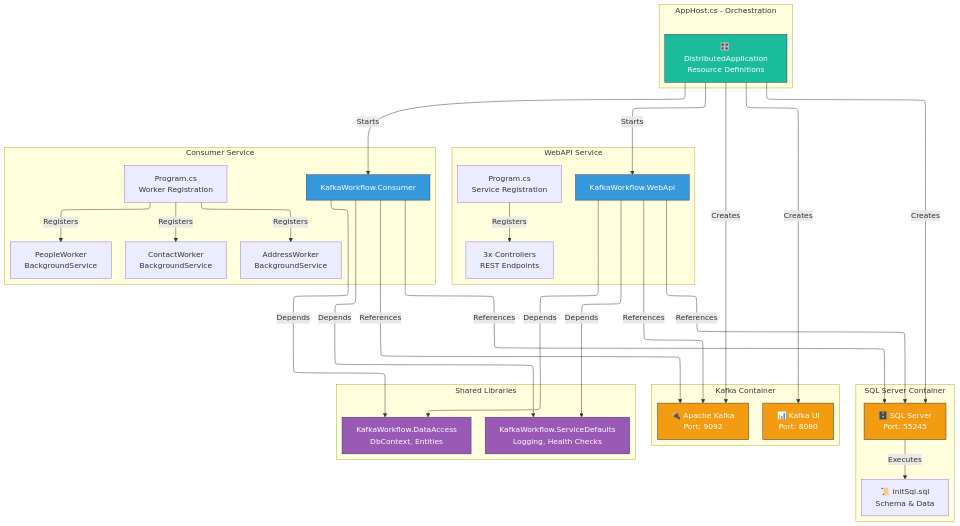
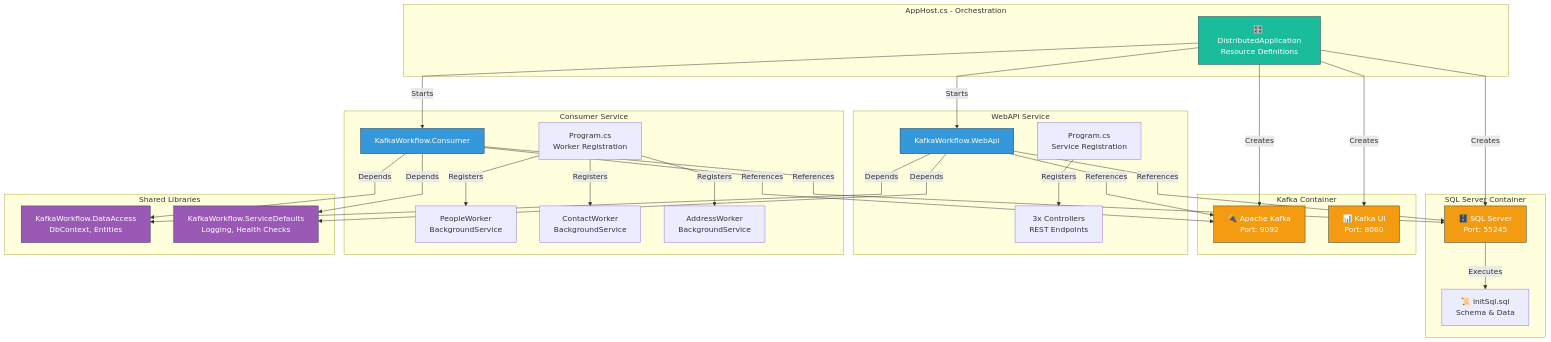
Before and after one commit to WholeBit-Solutions/distributed-workflow: the third of 15 diagrams in ARCHITECTURE_DIAGRAMS.md, drawn with Mermaid. The commit also changed other lines of this file, not shown here.

````diff
--- a/ARCHITECTURE_DIAGRAMS.md
+++ b/ARCHITECTURE_DIAGRAMS.md
@@ -165,68 +166,69 @@
 ```mermaid
-flowchart-elk TB
+%%{init: {'flowchart': {'curve': 'linear'}}}%%
+graph TB
     subgraph "AppHost.cs - Orchestration"
         AppHost["🎛️ DistributedApplication<br/>Resource Definitions"]
     end
 
     subgraph "SQL Server Container"
         SqlServerContainer["🗄️ SQL Server<br/>Port: 55245"]
         InitScript["📜 initSql.sql<br/>Schema & Data"]
     end
 
     subgraph "Kafka Container"
         KafkaContainer["🔌 Apache Kafka<br/>Port: 9092"]
         KafkaUIContainer["📊 Kafka UI<br/>Port: 8080"]
     end
 
     subgraph "WebAPI Service"
         WebApiProj["KafkaWorkflow.WebApi"]
         Program["Program.cs<br/>Service Registration"]
         Controllers["3x Controllers<br/>REST Endpoints"]
     end
 
     subgraph "Consumer Service"
         ConsumerProj["KafkaWorkflow.Consumer"]
         ConsumerProgram["Program.cs<br/>Worker Registration"]
         PeopleWorkerSvc["PeopleWorker<br/>BackgroundService"]
         ContactWorkerSvc["ContactWorker<br/>BackgroundService"]
         AddressWorkerSvc["AddressWorker<br/>BackgroundService"]
     end
 
     subgraph "Shared Libraries"
         DataAccess["KafkaWorkflow.DataAccess<br/>DbContext, Entities"]
         ServiceDefaults["KafkaWorkflow.ServiceDefaults<br/>Logging, Health Checks"]
     end
 
     AppHost -->|Creates| SqlServerContainer
     AppHost -->|Creates| KafkaContainer
     AppHost -->|Creates| KafkaUIContainer
     AppHost -->|Starts| WebApiProj
     AppHost -->|Starts| ConsumerProj
     
     SqlServerContainer -->|Executes| InitScript
     
     WebApiProj -->|Depends| DataAccess
     WebApiProj -->|Depends| ServiceDefaults
     WebApiProj -->|References| SqlServerContainer
     WebApiProj -->|References| KafkaContainer
     
     ConsumerProj -->|Depends| DataAccess
     ConsumerProj -->|Depends| ServiceDefaults
     ConsumerProj -->|References| SqlServerContainer
     ConsumerProj -->|References| KafkaContainer
     
     Program -->|Registers| Controllers
     ConsumerProgram -->|Registers| PeopleWorkerSvc
     ConsumerProgram -->|Registers| ContactWorkerSvc
     ConsumerProgram -->|Registers| AddressWorkerSvc
     
     classDef orchestration fill:#1abc9c,stroke:#2c3e50,color:#fff
     classDef service fill:#3498db,stroke:#2c3e50,color:#fff
     classDef infrastructure fill:#f39c12,stroke:#2c3e50,color:#fff
     classDef library fill:#9b59b6,stroke:#2c3e50,color:#fff
     
     class AppHost orchestration
     class WebApiProj,ConsumerProj service
     class SqlServerContainer,KafkaContainer,KafkaUIContainer infrastructure
     class DataAccess,ServiceDefaults library
 ```
````
